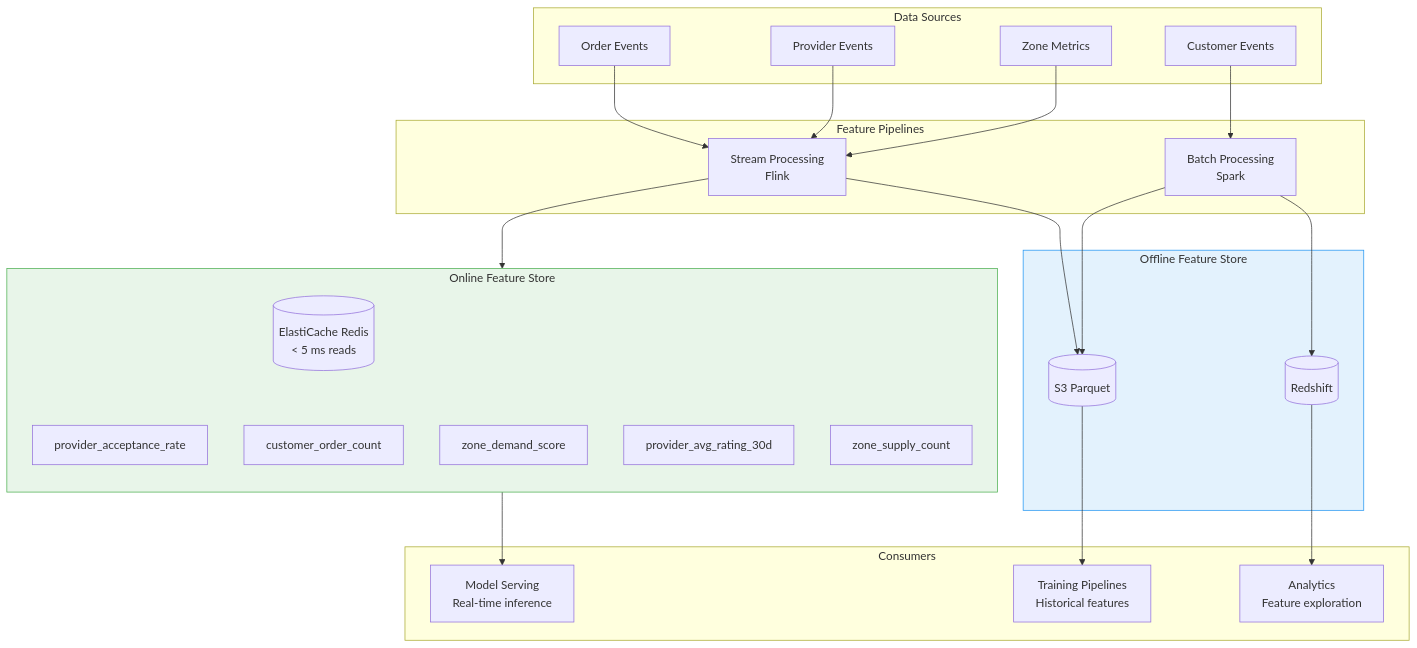
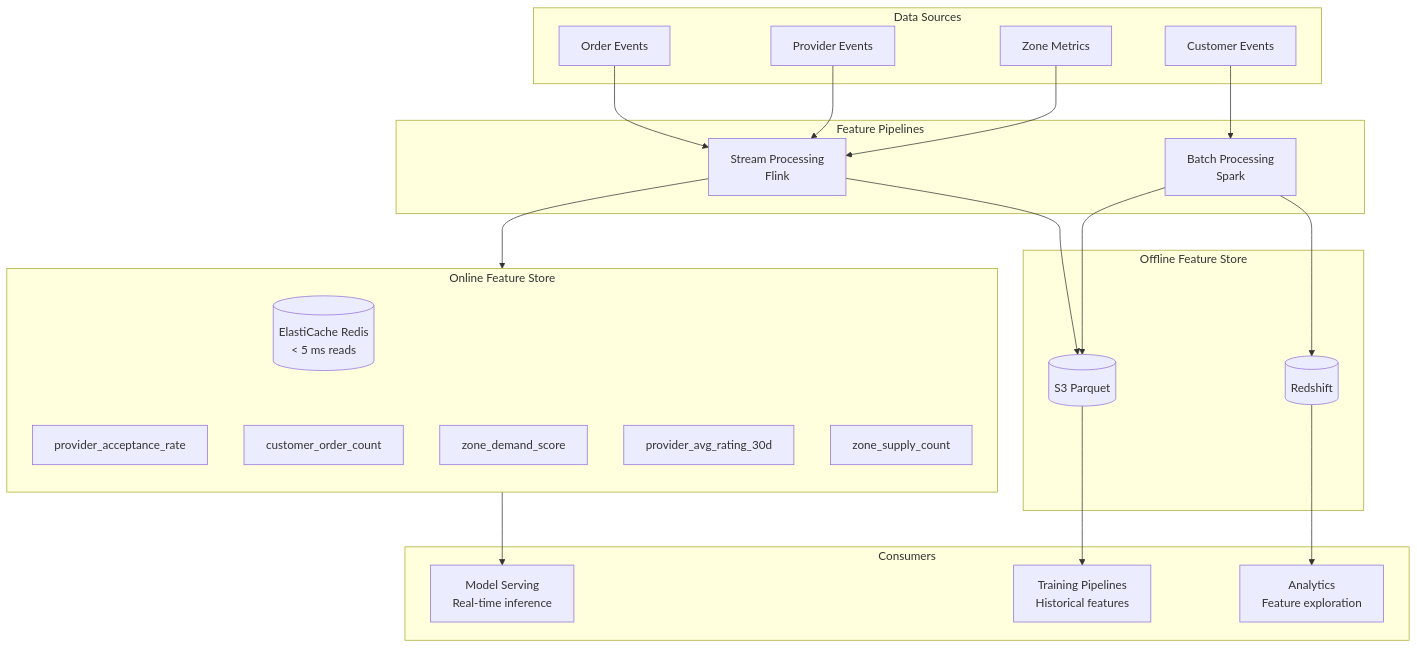
One commit to rishikeshdhokare/platform-manifesto changed the third of 6 diagrams in 10-ai-ml-platform/01-ml-platform.md. Above: the diagram before and after it, drawn with Mermaid. The commit also changed other lines of this file and 14 other files, not shown here.

First line of the commit message:
fix: remove mermaid style directives (119 lines across 15 files)

````diff
--- a/10-ai-ml-platform/01-ml-platform.md
+++ b/10-ai-ml-platform/01-ml-platform.md
@@ -153,54 +149,52 @@
 ```mermaid
 flowchart TB
     subgraph sources [Data Sources]
         Orders[Order Events]
         Providers[Provider Events]
         Customers[Customer Events]
         Zones[Zone Metrics]
     end
 
     subgraph pipeline [Feature Pipelines]
         Stream[Stream Processing<br/>Flink]
         Batch[Batch Processing<br/>Spark]
     end
 
     subgraph online [Online Feature Store]
         Redis[(ElastiCache Redis<br/>< 5 ms reads)]
         direction TB
         F1[provider_acceptance_rate]
         F2[customer_order_count]
         F3[zone_demand_score]
         F4[provider_avg_rating_30d]
         F5[zone_supply_count]
     end
 
     subgraph offline [Offline Feature Store]
         S3[(S3 Parquet)]
         RS[(Redshift)]
     end
 
     subgraph consumers [Consumers]
         Serving[Model Serving<br/>Real-time inference]
         Training[Training Pipelines<br/>Historical features]
         Analytics[Analytics<br/>Feature exploration]
     end
 
     Orders --> Stream
     Providers --> Stream
     Customers --> Batch
     Zones --> Stream
     Stream --> Redis
     Stream --> S3
     Batch --> S3
     Batch --> RS
     Redis --> Serving
     S3 --> Training
     RS --> Analytics
 
     Redis ~~~ F1
     Redis ~~~ F2
     Redis ~~~ F3
 
-    style online fill:#e8f5e9,stroke:#4caf50
-    style offline fill:#e3f2fd,stroke:#2196f3
 ```
````
